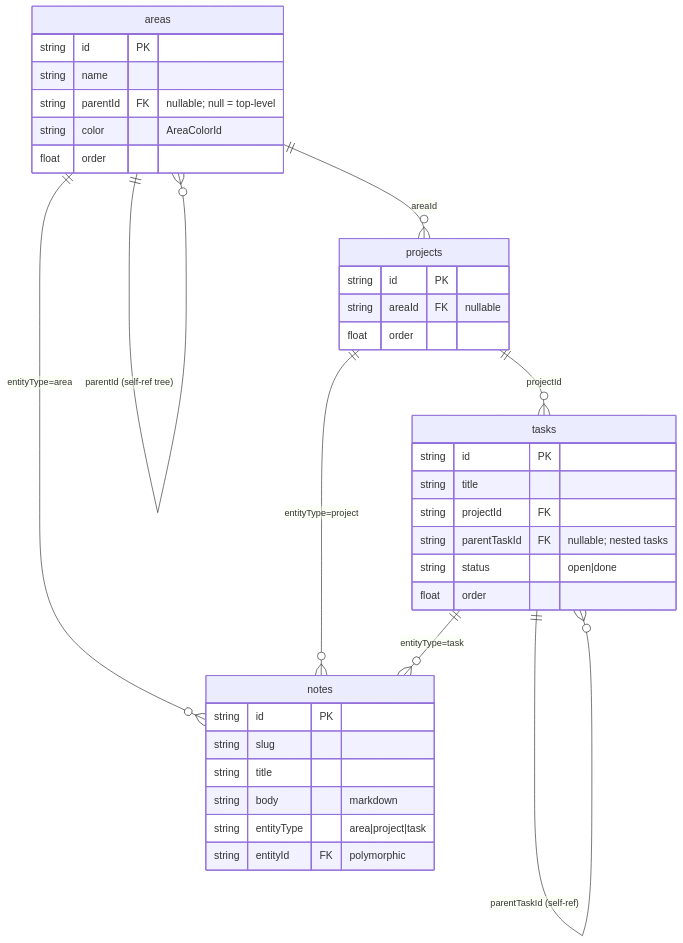
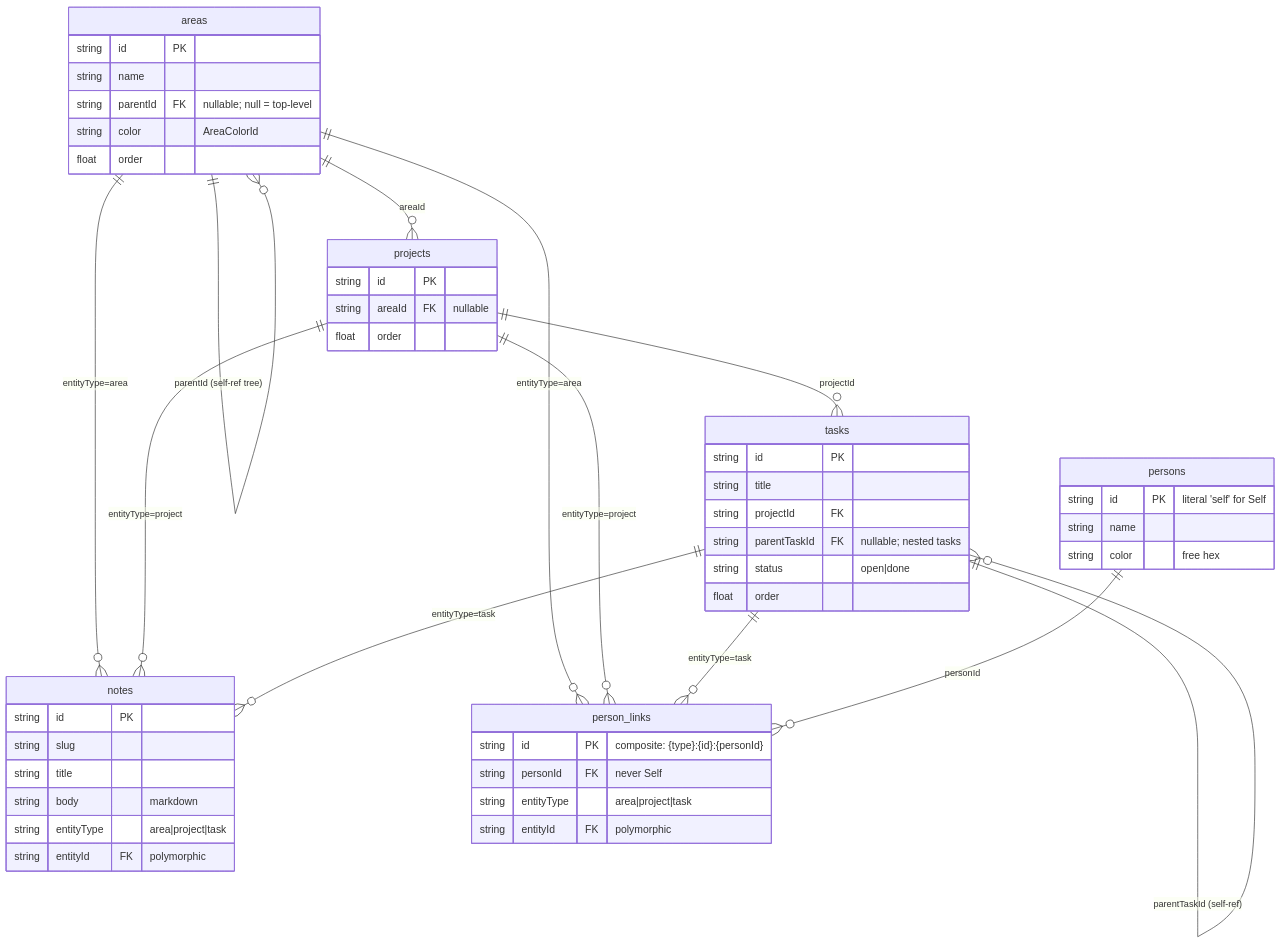
Before and after one commit to nibblebot/localaction: the second of 3 diagrams in docs/architecture.md, drawn with Mermaid. The commit also changed other lines of this file and 26 other files, not shown here.

First line of the commit message:
feat(persons): add Person facet, cast model, and sidebar filter

````diff
--- a/docs/architecture.md
+++ b/docs/architecture.md
@@ -81,30 +93,41 @@
 ```mermaid
 erDiagram
   areas ||--o{ areas : "parentId (self-ref tree)"
   areas ||--o{ projects : "areaId"
   areas ||--o{ notes : "entityType=area"
   projects ||--o{ tasks : "projectId"
   projects ||--o{ notes : "entityType=project"
   tasks ||--o{ tasks : "parentTaskId (self-ref)"
   tasks ||--o{ notes : "entityType=task"
   areas { string id PK }
   areas { string name }
   areas { string parentId FK "nullable; null = top-level" }
   areas { string color "AreaColorId" }
   areas { float order }
   projects { string id PK }
   projects { string areaId FK "nullable" }
   projects { float order }
   tasks { string id PK }
   tasks { string title }
   tasks { string projectId FK }
   tasks { string parentTaskId FK "nullable; nested tasks" }
   tasks { string status "open|done" }
   tasks { float order }
   notes { string id PK }
   notes { string slug }
   notes { string title }
   notes { string body "markdown" }
   notes { string entityType "area|project|task" }
   notes { string entityId FK "polymorphic" }
+  persons { string id PK "literal 'self' for Self" }
+  persons { string name }
+  persons { string color "free hex" }
+  person_links { string id PK "composite: {type}:{id}:{personId}" }
+  person_links { string personId FK "never Self" }
+  person_links { string entityType "area|project|task" }
+  person_links { string entityId FK "polymorphic" }
+  areas ||--o{ person_links : "entityType=area"
+  projects ||--o{ person_links : "entityType=project"
+  tasks ||--o{ person_links : "entityType=task"
+  persons ||--o{ person_links : "personId"
 ```
````
